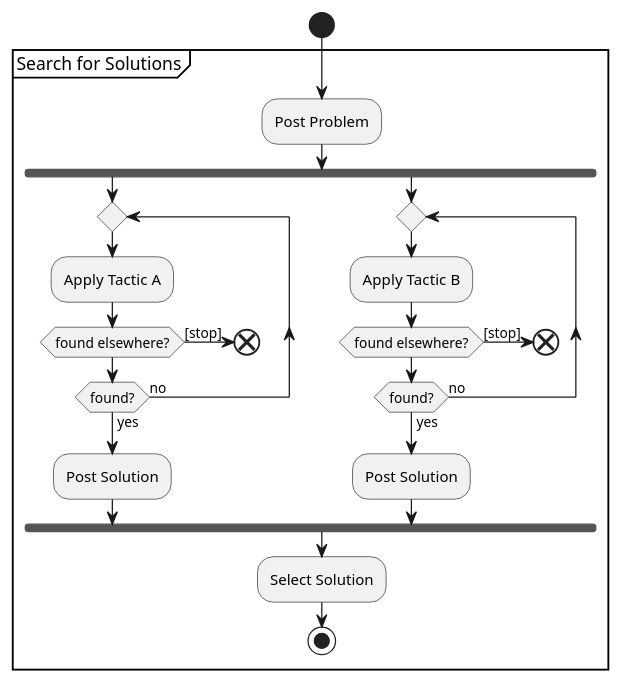
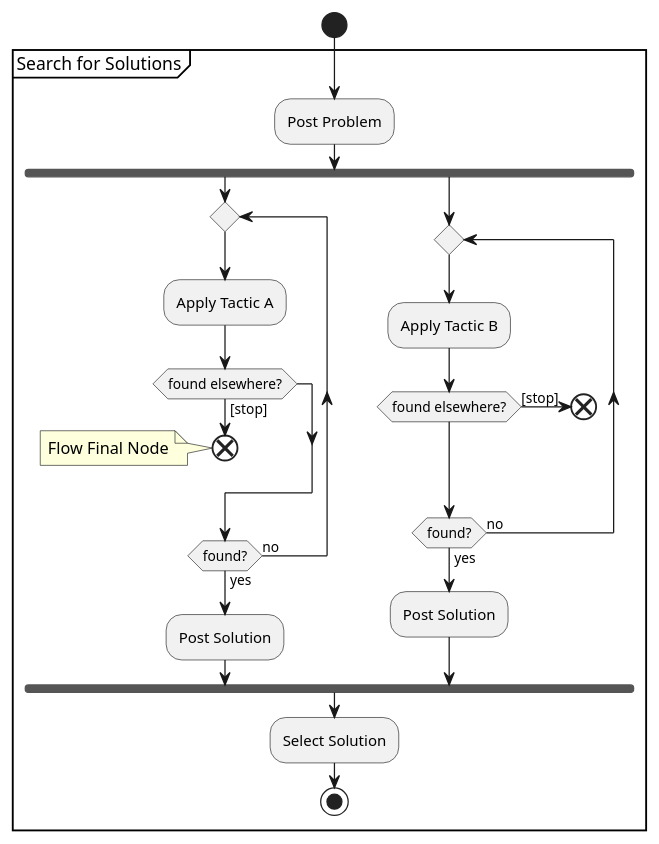
One commit to jeff-adkisson/swe-3633-spring-2023 changed the diagram in LM2/FlowFinalNode/activity-diagram.puml. Above: the diagram before and after it, drawn with PlantUML.

Commit message:
Added flow final node

```diff
--- a/LM2/FlowFinalNode/activity-diagram.puml
+++ b/LM2/FlowFinalNode/activity-diagram.puml
@@ -1,32 +1,33 @@
 @startuml
 
 'Documentation
 'https://plantuml.com/activity-diagram-beta
 
 'Online Editor
 'http://www.plantuml.com/plantuml/dumla/SoWkIImgAStDuNBAJrBGjLDmpCbCJbMmKiX8pSd9vt98pKi1IW80
 
 start
 partition "Search for Solutions" {
     :Post Problem;
     fork
         repeat
             :Apply Tactic A;
         if (found elsewhere?) then ([stop])
             end
+            note left: Flow Final Node
         endif
         repeat while (found?) is (no) not (yes)
         :Post Solution;
     fork again
        repeat
             :Apply Tactic B;
         if (found elsewhere?) then ([stop])
             end
         endif
         repeat while (found?) is (no) not (yes)
         :Post Solution;
     end fork
     :Select Solution;
     stop
 }
 @enduml
```
